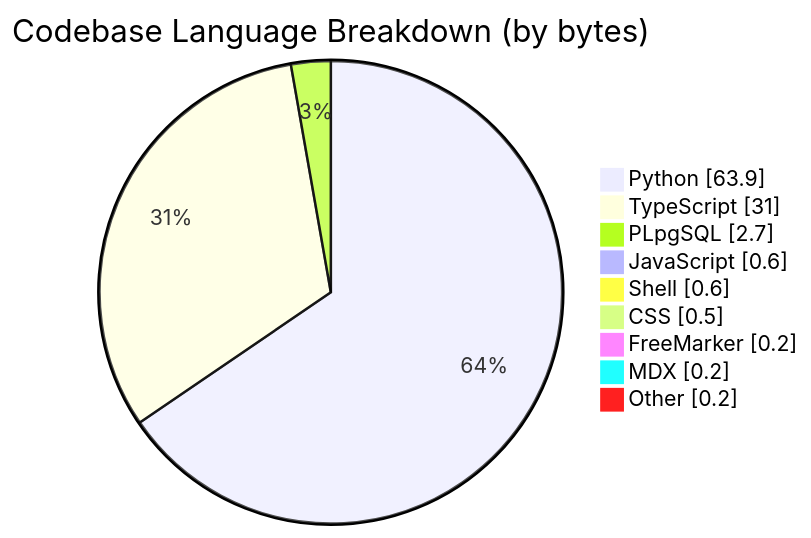
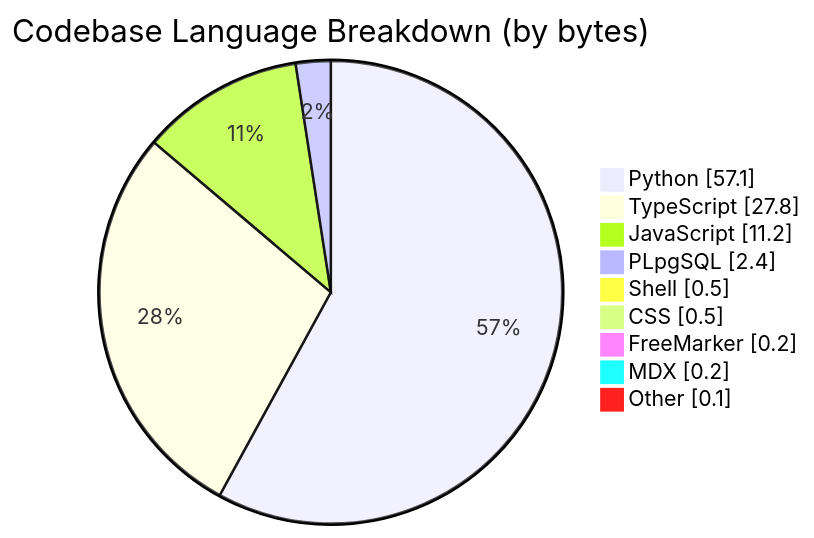
Before and after one commit to CSTH-Projects/.github: the third of 4 diagrams in profile/README.md, drawn with Mermaid. The commit also changed other lines of this file, not shown here.

````diff
--- a/profile/README.md
+++ b/profile/README.md
@@ -63,13 +63,13 @@
 ```mermaid
 pie showData
     title Codebase Language Breakdown (by bytes)
-    "Python" : 63.9
-    "TypeScript" : 31.0
-    "PLpgSQL" : 2.7
-    "JavaScript" : 0.6
-    "Shell" : 0.6
+    "Python" : 57.1
+    "TypeScript" : 27.8
+    "JavaScript" : 11.2
+    "PLpgSQL" : 2.4
+    "Shell" : 0.5
     "CSS" : 0.5
     "FreeMarker" : 0.2
     "MDX" : 0.2
-    "Other" : 0.2
+    "Other" : 0.1
 ```
````
